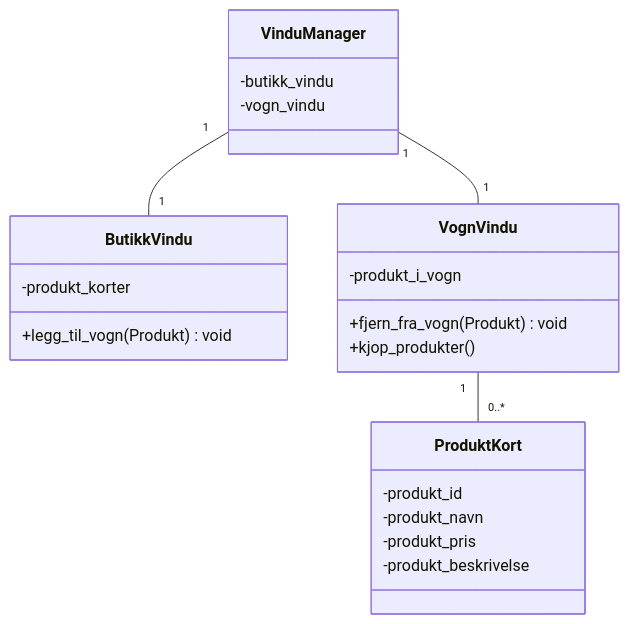
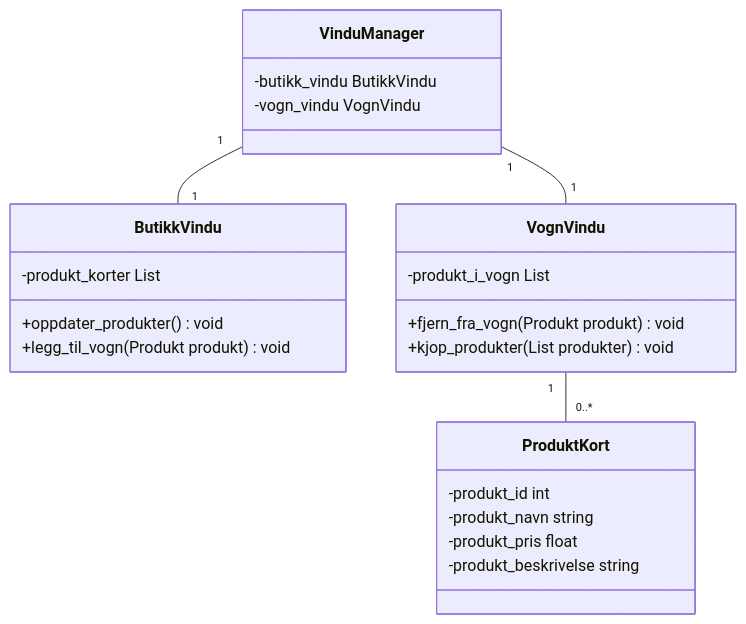
The first of 3 diagrams in docs/design/klient.md (kmp-utvikler/bakeri_butikk), drawn with Mermaid before and after one commit. The commit also changed other lines of this file and 1 other file, not shown here.

````diff
--- a/docs/design/klient.md
+++ b/docs/design/klient.md
@@ -4,26 +4,27 @@
 ```mermaid
 classDiagram
     class VinduManager {
-        -butikk_vindu
-        -vogn_vindu
+        -butikk_vindu ButikkVindu
+        -vogn_vindu VognVindu
     }
     class ButikkVindu {
-        -produkt_korter
-        +legg_til_vogn(Produkt) void
+        -produkt_korter List<Produkt>
+        +oppdater_produkter() void
+        +legg_til_vogn(Produkt produkt) void
     }
     class ProduktKort {
-        -produkt_id
-        -produkt_navn
-        -produkt_pris
-        -produkt_beskrivelse
+        -produkt_id int
+        -produkt_navn string
+        -produkt_pris float
+        -produkt_beskrivelse string
     }
     class VognVindu {
-        -produkt_i_vogn
-        +fjern_fra_vogn(Produkt) void
-        +kjop_produkter()
+        -produkt_i_vogn List<Produkter>
+        +fjern_fra_vogn(Produkt produkt) void
+        +kjop_produkter(List<Produkt> produkter) void
     }
     VinduManager "1"--"1" ButikkVindu
     VinduManager "1"--"1" VognVindu
     VognVindu "1"--"0..*" ProduktKort
 
 ```
````
